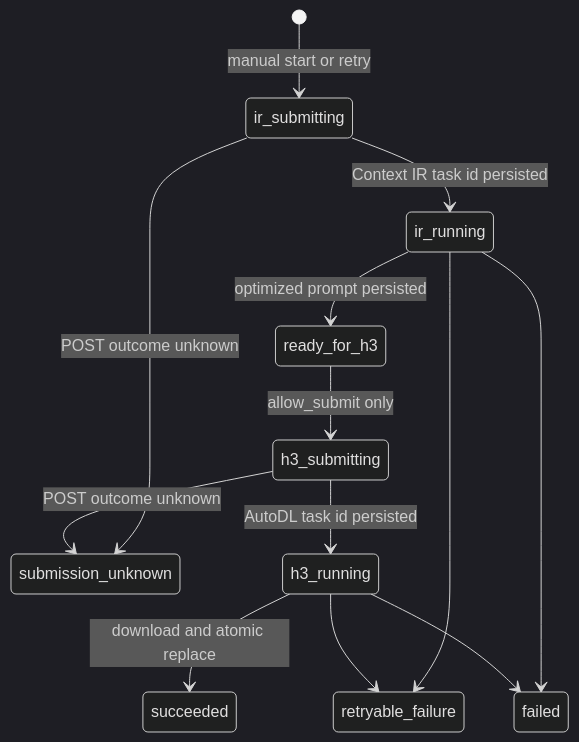
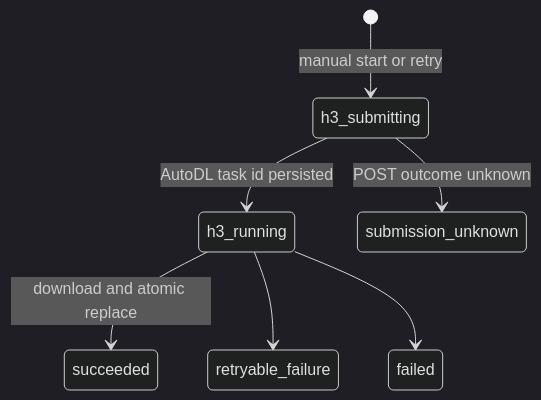
One commit to xy-plus/duet-ad changed the third of 3 diagrams in docs/agent/architecture/architecture.md. Above: the diagram before and after it, drawn with Mermaid (dark theme). The commit also changed other lines of this file and 37 other files, not shown here.

Commit message:
feat: submit source prompt directly to H3

````diff
--- a/docs/agent/architecture/architecture.md
+++ b/docs/agent/architecture/architecture.md
@@ -96,15 +94,9 @@
 ```mermaid
 stateDiagram-v2
-  [*] --> ir_submitting: manual start or retry
-  ir_submitting --> ir_running: Context IR task id persisted
-  ir_submitting --> submission_unknown: POST outcome unknown
-  ir_running --> ready_for_h3: optimized prompt persisted
-  ready_for_h3 --> h3_submitting: allow_submit only
+  [*] --> h3_submitting: manual start or retry
   h3_submitting --> h3_running: AutoDL task id persisted
   h3_submitting --> submission_unknown: POST outcome unknown
   h3_running --> succeeded: download and atomic replace
-  ir_running --> retryable_failure
   h3_running --> retryable_failure
-  ir_running --> failed
   h3_running --> failed
 ```
````
